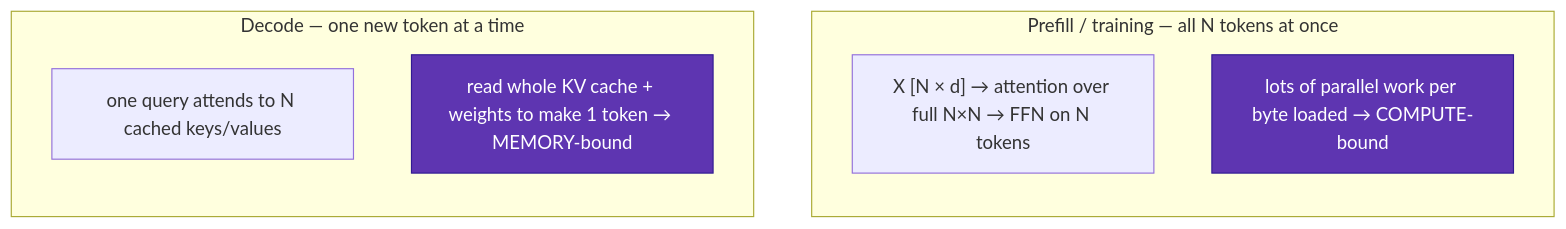
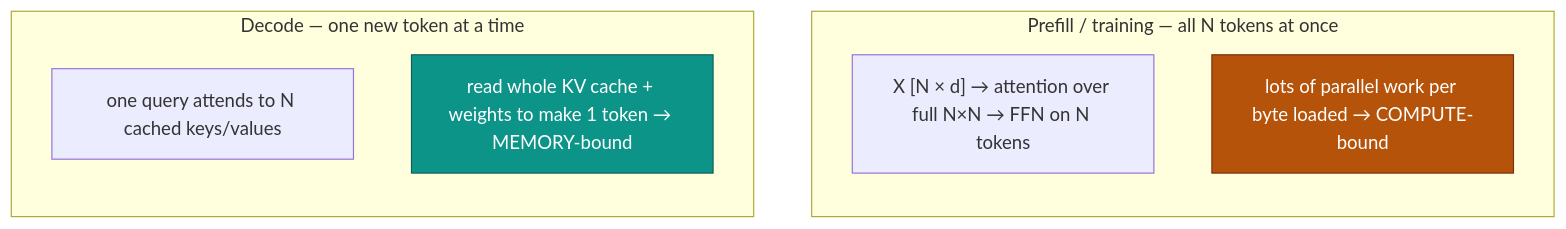
Before and after one commit to youyun8/deep-kernel-handbook: the tenth of 10 diagrams in docs/foundations/transformer-from-scratch.md, drawn with Mermaid. The commit also changed other lines of this file and 1 other file, not shown here.

Commit message:
docs: give each transformer-from-scratch diagram its own color scheme

````diff
--- a/docs/foundations/transformer-from-scratch.md
+++ b/docs/foundations/transformer-from-scratch.md
@@ -269,16 +270,17 @@
 ```mermaid
 flowchart TD
     subgraph PRE["Prefill / training — all N tokens at once"]
       direction TB
       P1["X [N × d] → attention over full N×N → FFN on N tokens"]
       P2["lots of parallel work per byte loaded → COMPUTE-bound"]
     end
     subgraph DEC["Decode — one new token at a time"]
       direction TB
       D1["one query attends to N cached keys/values"]
       D2["read whole KV cache + weights to make 1 token → MEMORY-bound"]
     end
-    class P2 flagship;
-    class D2 flagship;
-    classDef flagship fill:#5e35b1,stroke:#311b92,color:#fff;
+    class P2 accAmber;
+    class D2 accTeal;
+    classDef accAmber fill:#b45309,stroke:#7c2d12,color:#fff;
+    classDef accTeal fill:#0d9488,stroke:#115e59,color:#fff;
 ```
````
